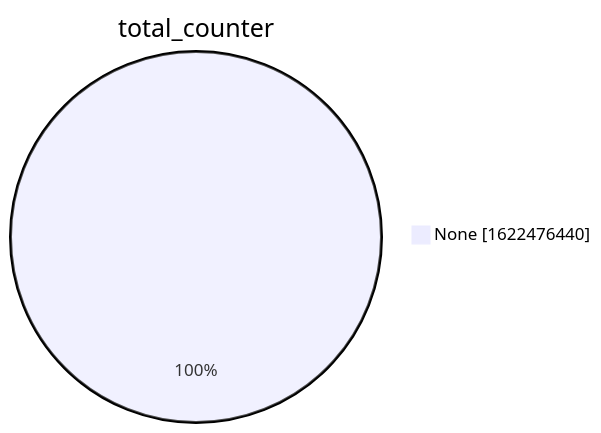
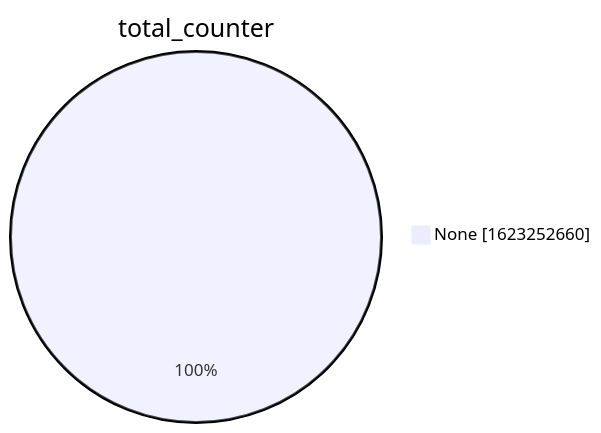
The second of 15 diagrams in xenon2022/README.md (christiankrug/ctmonitor_visualization), drawn with Mermaid before and after one commit. The commit also changed other lines of this file, not shown here.

````diff
--- a/xenon2022/README.md
+++ b/xenon2022/README.md
@@ -9,5 +9,5 @@
 ```mermaid
 pie showData
 title total_counter
-"None" :1622476440
+"None" :1623252660
 ```
````
